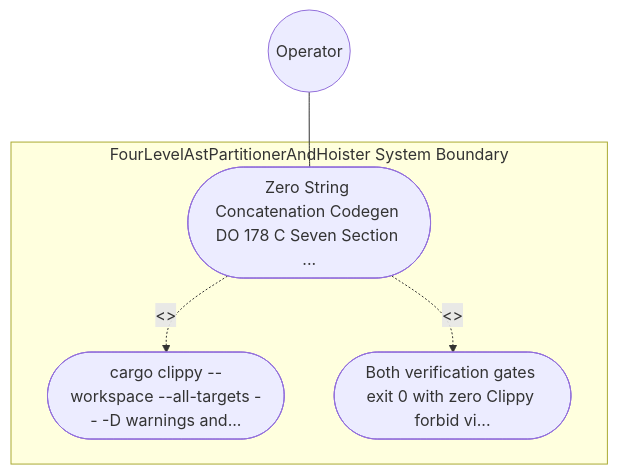
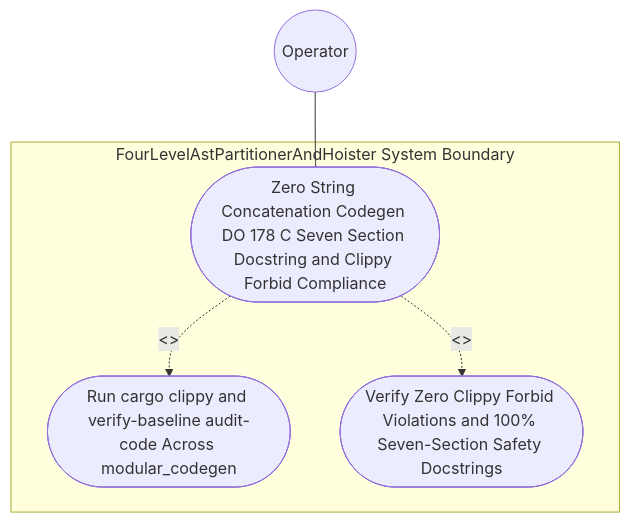
One commit to gintatkinson/DEAP01-spec-core changed the diagram in .pipeline/upstream/docs/use-cases/UC-36-Zero_String_Concatenation_Codegen_DO_178C_Seven_Section_Docstring_and_Clippy_Forbid_Compliance.md. Above: the diagram before and after it, drawn with Mermaid. The commit also changed other lines of this file and 225 other files, not shown here.

````diff
--- a/.pipeline/upstream/docs/use-cases/UC-36-Zero_String_Concatenation_Codegen_DO_178C_Seven_Section_Docstring_and_Clippy_Forbid_Compliance.md
+++ b/.pipeline/upstream/docs/use-cases/UC-36-Zero_String_Concatenation_Codegen_DO_178C_Seven_Section_Docstring_and_Clippy_Forbid_Compliance.md
@@ -16,11 +16,11 @@
 ```mermaid
 graph TD
     subgraph "FourLevelAstPartitionerAndHoister System Boundary"
-        UC_Main(["Zero String Concatenation Codegen DO 178 C Seven Section ..."])
-        UC_Step01(["cargo clippy --workspace --all-targets -- -D warnings and..."])
-        UC_Step02(["Both verification gates exit 0 with zero Clippy forbid vi..."])
+        UC_Main(["Zero String Concatenation Codegen DO 178 C Seven Section Docstring and Clippy Forbid Compliance"])
+        UC_Step01(["Run cargo clippy and verify-baseline audit-code Across modular_codegen"])
+        UC_Step02(["Verify Zero Clippy Forbid Violations and 100% Seven-Section Safety Docstrings"])
     end
     Operator(("Operator")) --- UC_Main
     UC_Main -. "<<include>>" .-> UC_Step01
     UC_Main -. "<<include>>" .-> UC_Step02
 ```
````
